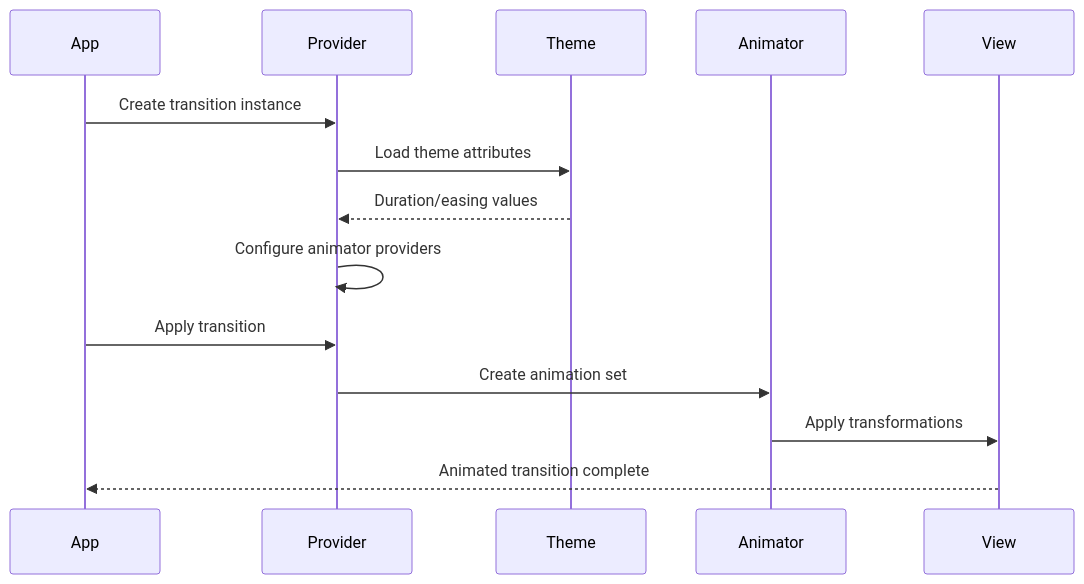
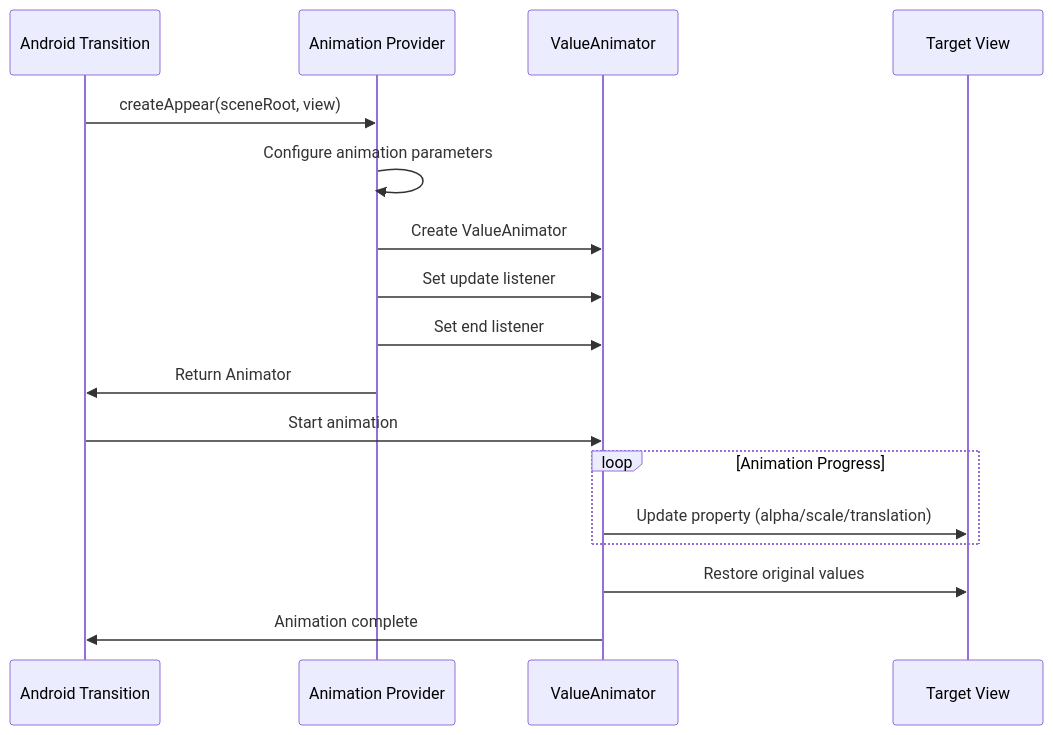
The third of 5 diagrams in docs/material-components--material-components-android-docs/animation-providers.md (FSoft-AI4Code/codewiki-demo), drawn with Mermaid before and after one commit. The commit also changed other lines of this file and 1103 other files, not shown here.

````diff
--- a/docs/material-components--material-components-android-docs/animation-providers.md
+++ b/docs/material-components--material-components-android-docs/animation-providers.md
@@ -96,17 +142,20 @@
 ```mermaid
 sequenceDiagram
-    participant App
-    participant Provider
-    participant Theme
-    participant Animator
-    participant View
+    participant Transition as Android Transition
+    participant Provider as Animation Provider
+    participant Animator as ValueAnimator
+    participant View as Target View
     
-    App->>Provider: Create transition instance
-    Provider->>Theme: Load theme attributes
-    Theme-->>Provider: Duration/easing values
-    Provider->>Provider: Configure animator providers
-    App->>Provider: Apply transition
-    Provider->>Animator: Create animation set
-    Animator->>View: Apply transformations
-    View-->>App: Animated transition complete
+    Transition->>Provider: createAppear(sceneRoot, view)
+    Provider->>Provider: Configure animation parameters
+    Provider->>Animator: Create ValueAnimator
+    Provider->>Animator: Set update listener
+    Provider->>Animator: Set end listener
+    Provider->>Transition: Return Animator
+    Transition->>Animator: Start animation
+    loop Animation Progress
+        Animator->>View: Update property (alpha/scale/translation)
+    end
+    Animator->>View: Restore original values
+    Animator->>Transition: Animation complete
 ```
````
